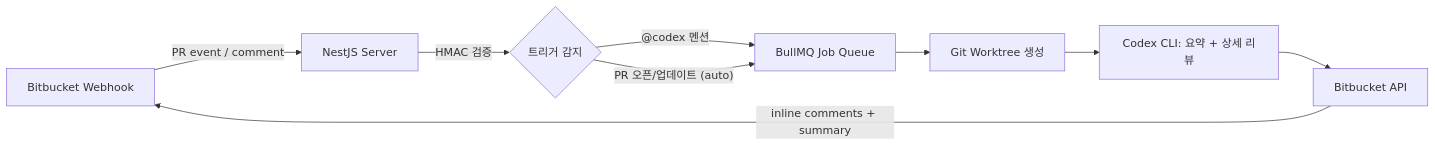
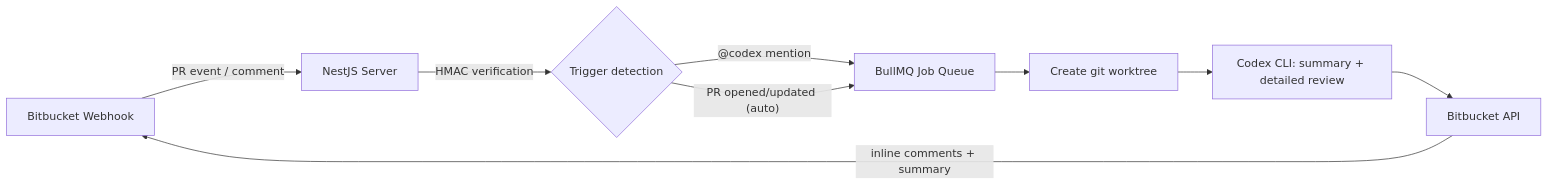
Before and after one commit to azyu/bitbucket-codex-code-review: the diagram in README.md, drawn with Mermaid. The commit also changed other lines of this file and 1 other file, not shown here.

````diff
--- a/README.md
+++ b/README.md
@@ -9,11 +11,11 @@
 ```mermaid
 flowchart LR
     A[Bitbucket Webhook] -->|PR event / comment| B[NestJS Server]
-    B -->|HMAC 검증| C{트리거 감지}
-    C -->|"@codex 멘션"| D[BullMQ Job Queue]
-    C -->|"PR 오픈/업데이트 (auto)"| D
-    D --> E[Git Worktree 생성]
-    E --> F[Codex CLI: 요약 + 상세 리뷰]
+    B -->|HMAC verification| C{Trigger detection}
+    C -->|"@codex mention"| D[BullMQ Job Queue]
+    C -->|"PR opened/updated (auto)"| D
+    D --> E[Create git worktree]
+    E --> F[Codex CLI: summary + detailed review]
     F --> G[Bitbucket API]
     G -->|inline comments + summary| A
 ```
````
